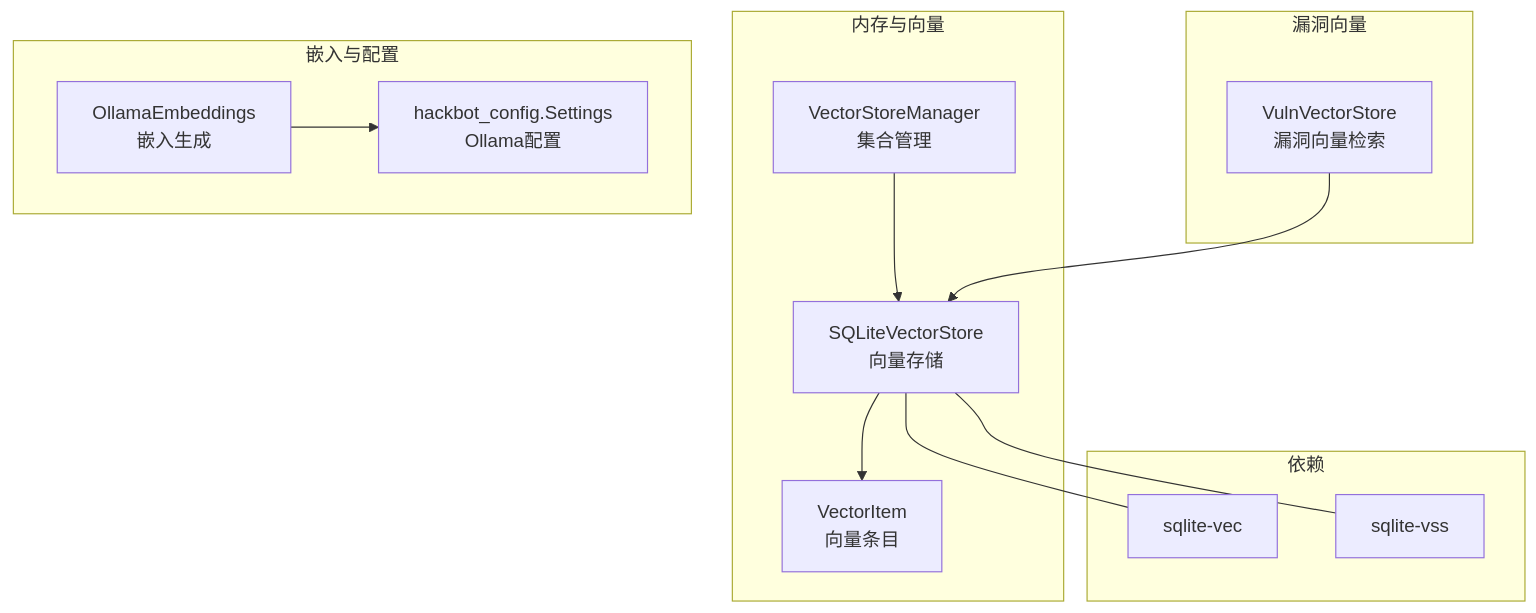
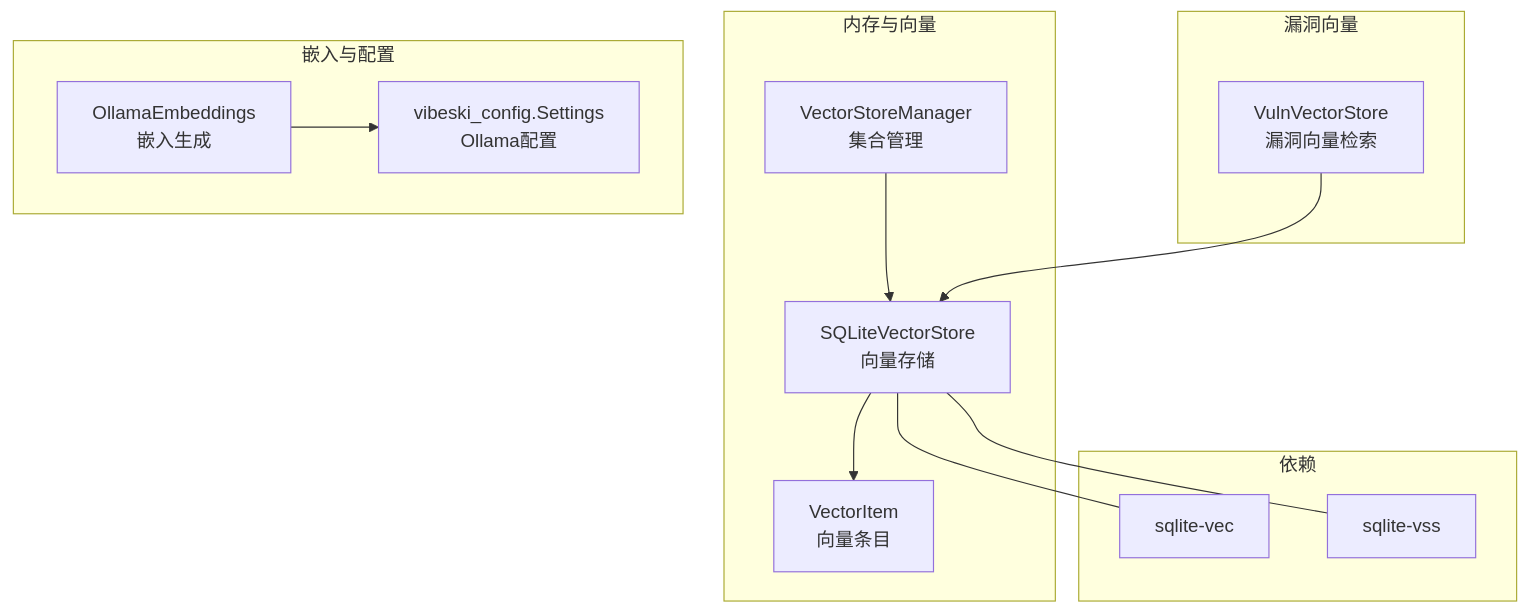
One commit to crabin/VIBESKI changed the first of 5 diagrams in .qoder/repowiki/zh/content/技能与记忆系统/记忆管理系统/向量存储系统.md. Above: the diagram before and after it, drawn with Mermaid. The commit also changed other lines of this file and 170 other files, not shown here.

Commit message:
chore: rename all secbot/hackbot identifiers to vibeski

````diff
--- a/.qoder/repowiki/zh/content/技能与记忆系统/记忆管理系统/向量存储系统.md
+++ b/.qoder/repowiki/zh/content/技能与记忆系统/记忆管理系统/向量存储系统.md
@@ -34,25 +34,25 @@
 ```mermaid
 graph TB
 subgraph "内存与向量"
 VS["SQLiteVectorStore<br/>向量存储"]
 VSM["VectorStoreManager<br/>集合管理"]
 VI["VectorItem<br/>向量条目"]
 end
 subgraph "漏洞向量"
 VVS["VulnVectorStore<br/>漏洞向量检索"]
 end
 subgraph "嵌入与配置"
 EMB["OllamaEmbeddings<br/>嵌入生成"]
-CFG["hackbot_config.Settings<br/>Ollama配置"]
+CFG["vibeski_config.Settings<br/>Ollama配置"]
 end
 subgraph "依赖"
 SV["sqlite-vec"]
 SSS["sqlite-vss"]
 end
 VS --> VI
 VSM --> VS
 VVS --> VS
 EMB --> CFG
 VS --- SV
 VS --- SSS
 ```
````
